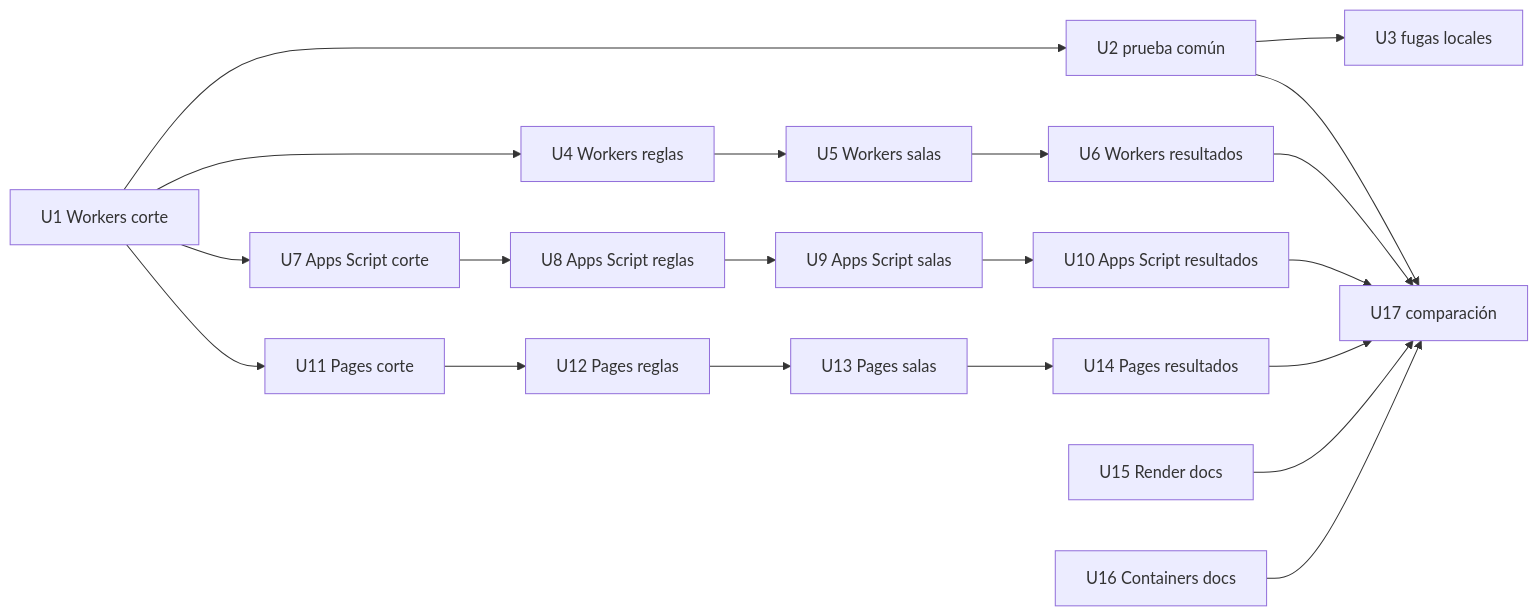
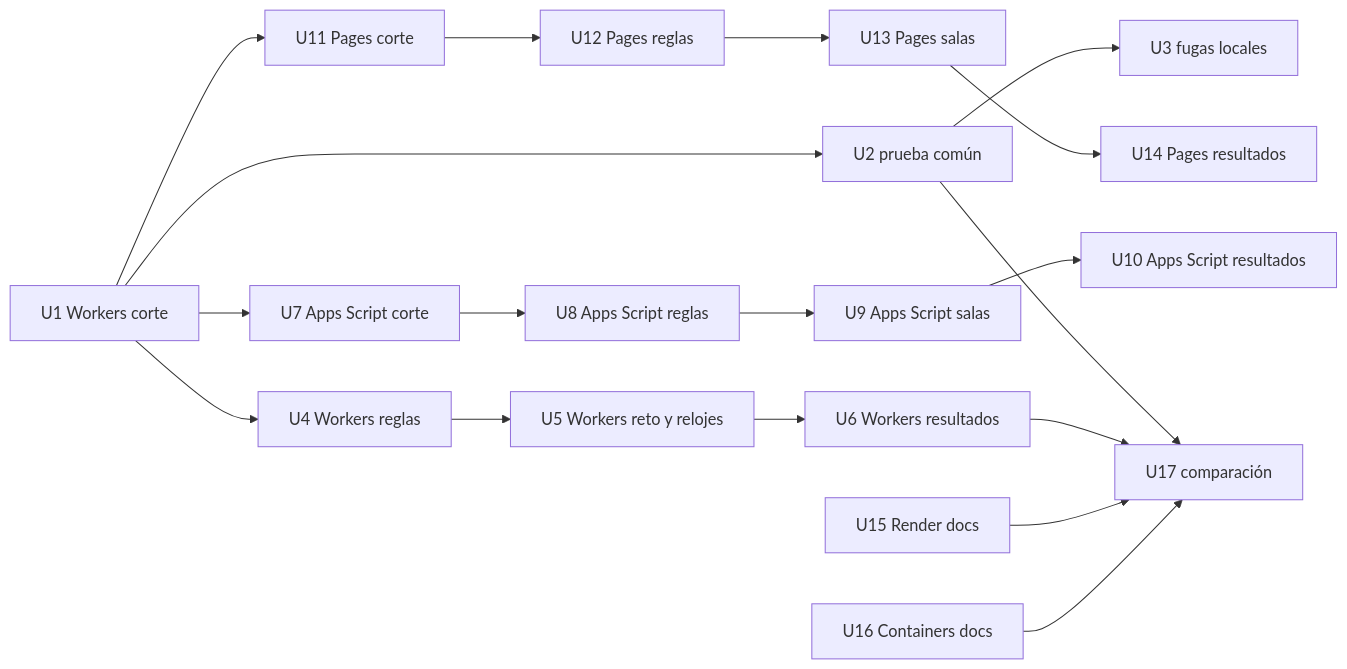
Before and after one commit to statistical-engineering/iest-sem-reto-desinformacion-colegios: the diagram in aidlc/spaces/default/intents/261024-publicar-reto-nube/inception/units-generation/unit-of-work-dependency.md, drawn with Mermaid. The commit also changed other lines of this file and 19 other files, not shown here.

````diff
--- a/aidlc/spaces/default/intents/261024-publicar-reto-nube/inception/units-generation/unit-of-work-dependency.md
+++ b/aidlc/spaces/default/intents/261024-publicar-reto-nube/inception/units-generation/unit-of-work-dependency.md
@@ -9,13 +9,11 @@
 ```mermaid
 graph LR
-  U1[U1 Workers corte] --> U4[U4 Workers reglas] --> U5[U5 Workers salas] --> U6[U6 Workers resultados]
+  U1[U1 Workers corte] --> U4[U4 Workers reglas] --> U5[U5 Workers reto y relojes] --> U6[U6 Workers resultados]
   U1 --> U7[U7 Apps Script corte] --> U8[U8 Apps Script reglas] --> U9[U9 Apps Script salas] --> U10[U10 Apps Script resultados]
   U1 --> U11[U11 Pages corte] --> U12[U12 Pages reglas] --> U13[U13 Pages salas] --> U14[U14 Pages resultados]
   U1 --> U2[U2 prueba común] --> U3[U3 fugas locales]
   U2 --> U17[U17 comparación]
   U6 --> U17
-  U10 --> U17
-  U14 --> U17
   U15[U15 Render docs] --> U17
   U16[U16 Containers docs] --> U17
 ```
````
